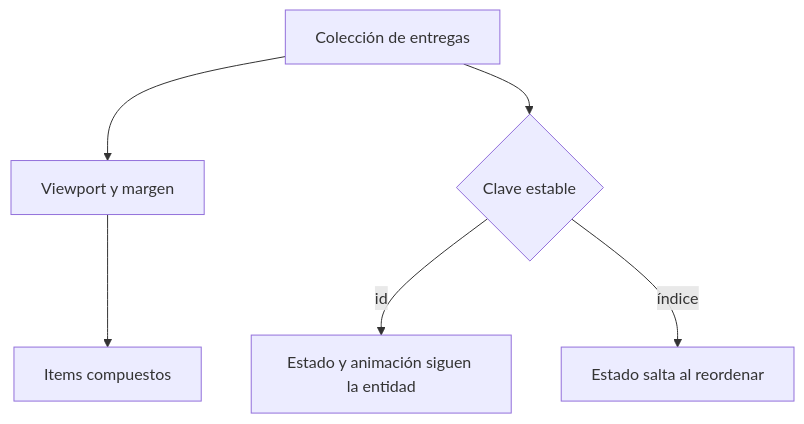
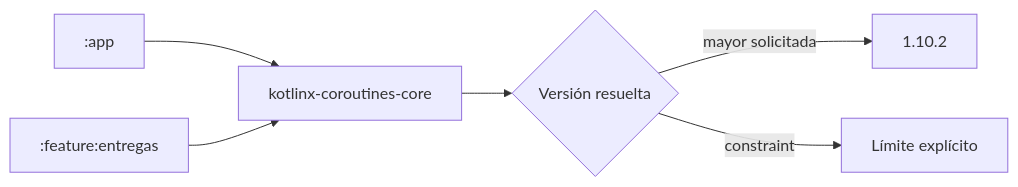
One commit to NICORUIZ93/The_Imperial_Book changed the first of 12 diagrams in web/public/content/android/modulo-17.md. Above: the diagram before and after it, drawn with Mermaid. The commit also changed other lines of this file and 305 other files, not shown here.

````diff
--- a/web/public/content/android/modulo-17.md
+++ b/web/public/content/android/modulo-17.md
@@ -77,8 +30,8 @@
 ```mermaid
-flowchart TD
-    A[Colección de entregas] --> B[Viewport y margen]
-    B --> C[Items compuestos]
-    A --> D{Clave estable}
-    D -->|id| E[Estado y animación siguen la entidad]
-    D -->|índice| F[Estado salta al reordenar]
+flowchart LR
+    A[:app] --> L[kotlinx-coroutines-core]
+    B[:feature:entregas] --> L
+    L --> V{Versión resuelta}
+    V -->|mayor solicitada| S[1.10.2]
+    V -->|constraint| C[Límite explícito]
 ```
````
